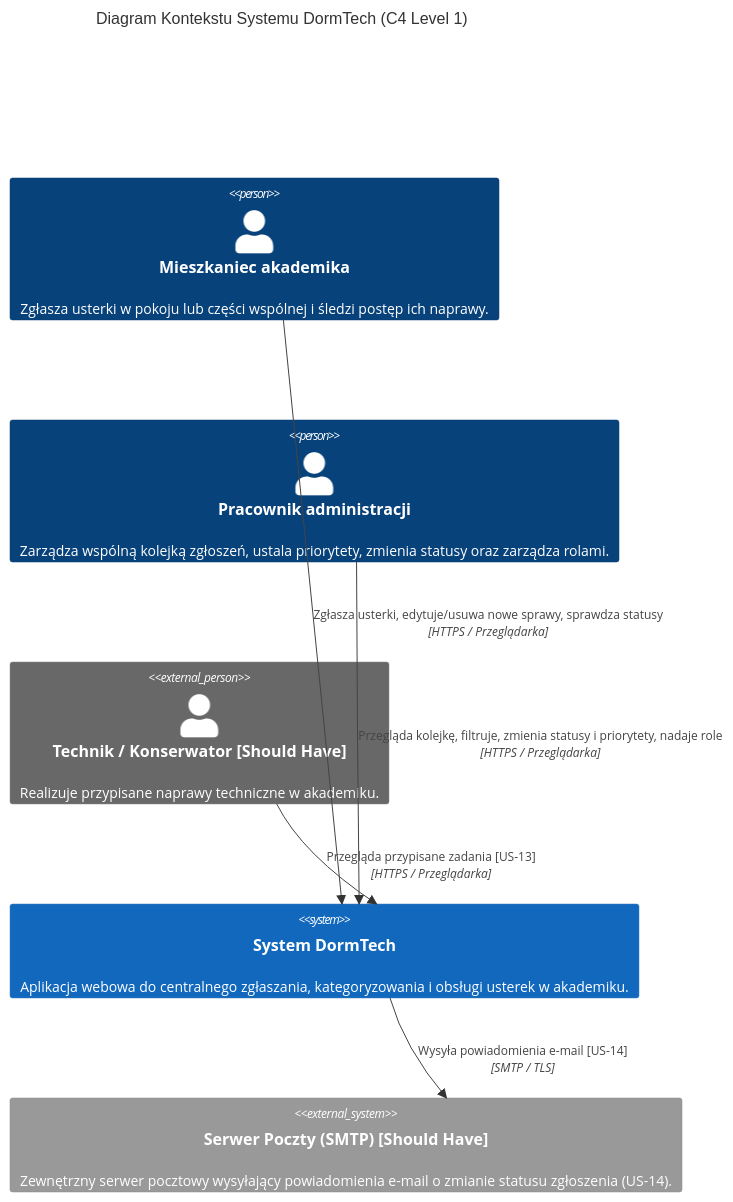
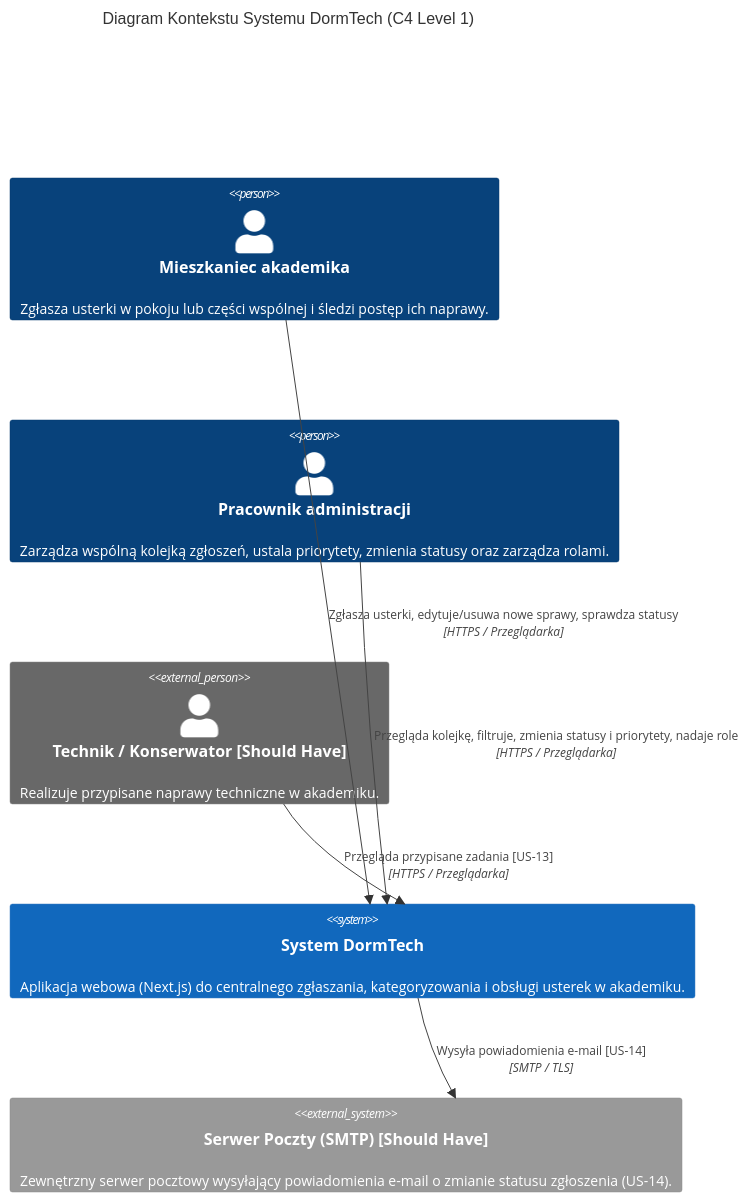
One commit to Grendelek/Projekt_Zlozony_WSZiB_Grupa_DMKSO changed the first of 5 diagrams in docs/scrum/Sprint1_13_11_2026/dokument_architektury_systemu_dormtech.md. Above: the diagram before and after it, drawn with Mermaid. The commit also changed other lines of this file, not shown here.

````diff
--- a/docs/scrum/Sprint1_13_11_2026/dokument_architektury_systemu_dormtech.md
+++ b/docs/scrum/Sprint1_13_11_2026/dokument_architektury_systemu_dormtech.md
@@ -48,17 +47,17 @@
 ```mermaid
 C4Context
     title Diagram Kontekstu Systemu DormTech (C4 Level 1)
 
     Person(resident, "Mieszkaniec akademika", "Zgłasza usterki w pokoju lub części wspólnej i śledzi postęp ich naprawy.")
     Person(admin, "Pracownik administracji", "Zarządza wspólną kolejką zgłoszeń, ustala priorytety, zmienia statusy oraz zarządza rolami.")
     Person_Ext(technician, "Technik / Konserwator [Should Have]", "Realizuje przypisane naprawy techniczne w akademiku.")
 
-    System(dormtech, "System DormTech", "Aplikacja webowa do centralnego zgłaszania, kategoryzowania i obsługi usterek w akademiku.")
+    System(dormtech, "System DormTech", "Aplikacja webowa (Next.js) do centralnego zgłaszania, kategoryzowania i obsługi usterek w akademiku.")
 
     System_Ext(smtp, "Serwer Poczty (SMTP) [Should Have]", "Zewnętrzny serwer pocztowy wysyłający powiadomienia e-mail o zmianie statusu zgłoszenia (US-14).")
 
     Rel(resident, dormtech, "Zgłasza usterki, edytuje/usuwa nowe sprawy, sprawdza statusy", "HTTPS / Przeglądarka")
     Rel(admin, dormtech, "Przegląda kolejkę, filtruje, zmienia statusy i priorytety, nadaje role", "HTTPS / Przeglądarka")
     Rel(technician, dormtech, "Przegląda przypisane zadania [US-13]", "HTTPS / Przeglądarka")
     Rel(dormtech, smtp, "Wysyła powiadomienia e-mail [US-14]", "SMTP / TLS")
 ```
````
